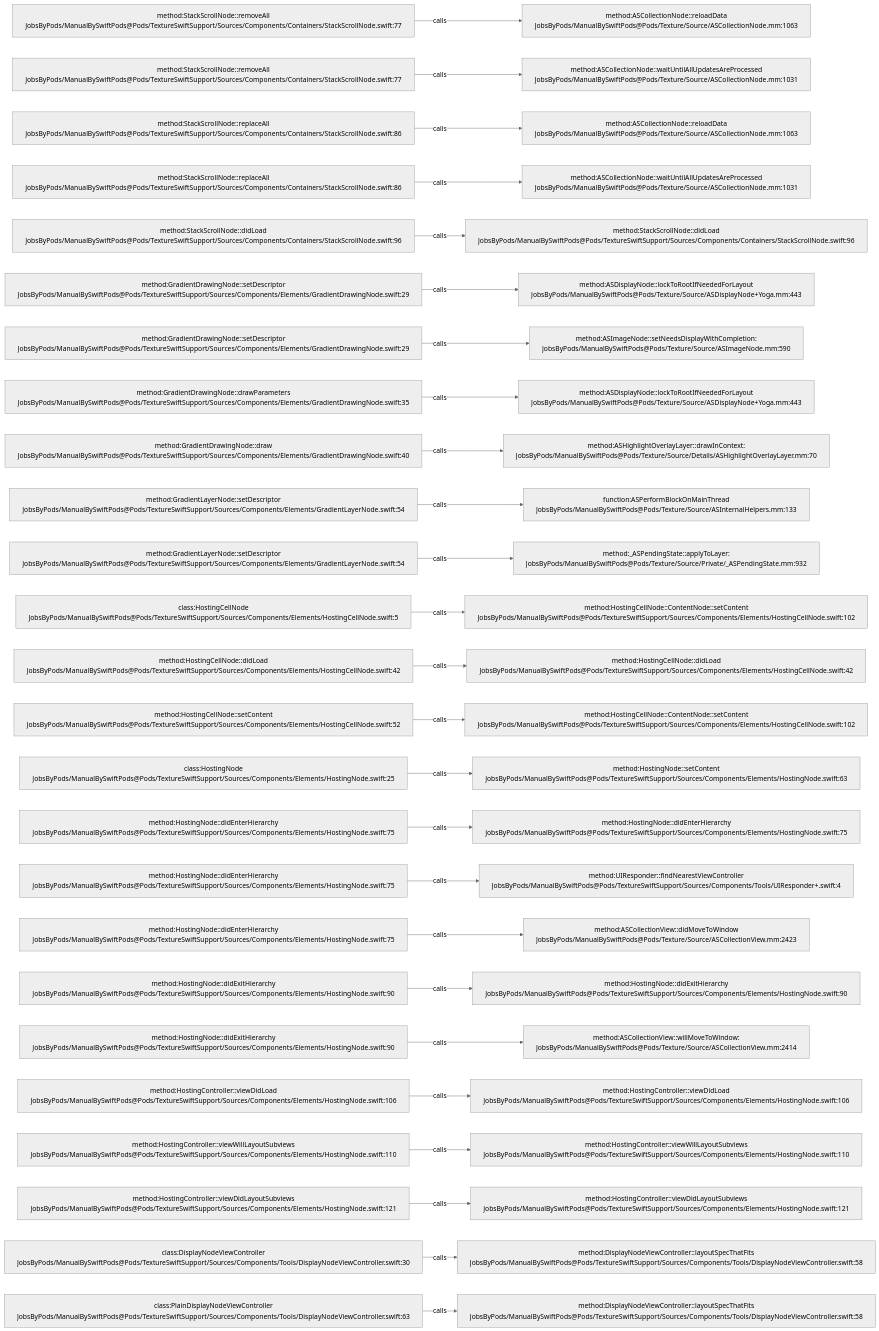
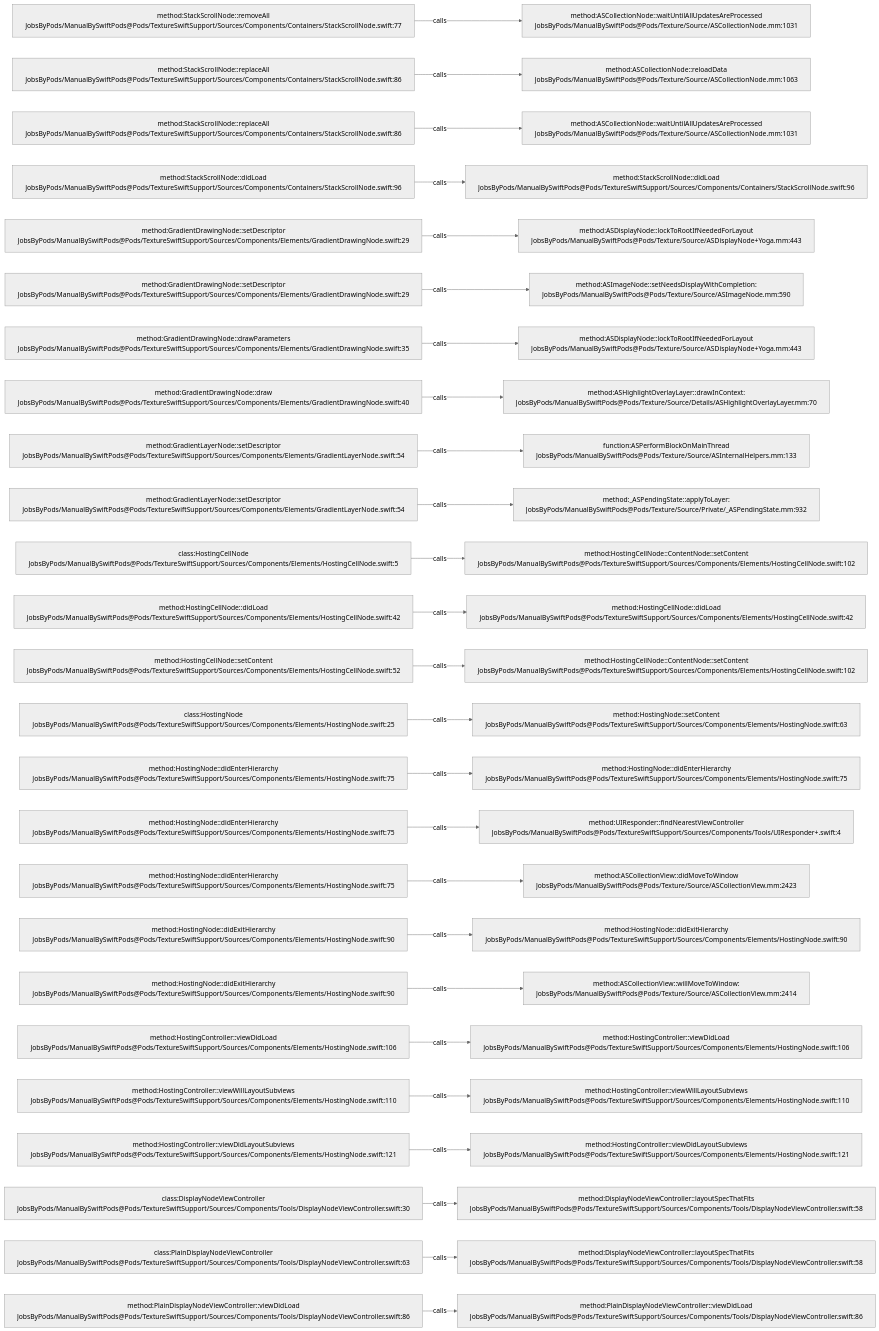
Before and after one commit to JobsKits/JobsSwiftBaseConfigDemo: the diagram in .codegraph/codegraph.md/graphs/calls-155.md, drawn with Mermaid (neutral theme). The commit also changed 747 other files, not shown here.

````diff
--- a/.codegraph/codegraph.md/graphs/calls-155.md
+++ b/.codegraph/codegraph.md/graphs/calls-155.md
@@ -13,78 +13,78 @@
 ```mermaid
 flowchart LR
   S1["method:StackScrollNode::removeAll<br/>JobsByPods/ManualBySwiftPods@Pods/TextureSwiftSupport/Sources/Components/Containers/StackScrollNode.swift:77"]
-  T1["method:ASCollectionNode::reloadData<br/>JobsByPods/ManualBySwiftPods@Pods/Texture/Source/ASCollectionNode.mm:1063"]
+  T1["method:ASCollectionNode::waitUntilAllUpdatesAreProcessed<br/>JobsByPods/ManualBySwiftPods@Pods/Texture/Source/ASCollectionNode.mm:1031"]
   S1 -->|calls| T1
-  S2["method:StackScrollNode::removeAll<br/>JobsByPods/ManualBySwiftPods@Pods/TextureSwiftSupport/Sources/Components/Containers/StackScrollNode.swift:77"]
-  T2["method:ASCollectionNode::waitUntilAllUpdatesAreProcessed<br/>JobsByPods/ManualBySwiftPods@Pods/Texture/Source/ASCollectionNode.mm:1031"]
+  S2["method:StackScrollNode::replaceAll<br/>JobsByPods/ManualBySwiftPods@Pods/TextureSwiftSupport/Sources/Components/Containers/StackScrollNode.swift:86"]
+  T2["method:ASCollectionNode::reloadData<br/>JobsByPods/ManualBySwiftPods@Pods/Texture/Source/ASCollectionNode.mm:1063"]
   S2 -->|calls| T2
   S3["method:StackScrollNode::replaceAll<br/>JobsByPods/ManualBySwiftPods@Pods/TextureSwiftSupport/Sources/Components/Containers/StackScrollNode.swift:86"]
-  T3["method:ASCollectionNode::reloadData<br/>JobsByPods/ManualBySwiftPods@Pods/Texture/Source/ASCollectionNode.mm:1063"]
+  T3["method:ASCollectionNode::waitUntilAllUpdatesAreProcessed<br/>JobsByPods/ManualBySwiftPods@Pods/Texture/Source/ASCollectionNode.mm:1031"]
   S3 -->|calls| T3
-  S4["method:StackScrollNode::replaceAll<br/>JobsByPods/ManualBySwiftPods@Pods/TextureSwiftSupport/Sources/Components/Containers/StackScrollNode.swift:86"]
-  T4["method:ASCollectionNode::waitUntilAllUpdatesAreProcessed<br/>JobsByPods/ManualBySwiftPods@Pods/Texture/Source/ASCollectionNode.mm:1031"]
+  S4["method:StackScrollNode::didLoad<br/>JobsByPods/ManualBySwiftPods@Pods/TextureSwiftSupport/Sources/Components/Containers/StackScrollNode.swift:96"]
+  T4["method:StackScrollNode::didLoad<br/>JobsByPods/ManualBySwiftPods@Pods/TextureSwiftSupport/Sources/Components/Containers/StackScrollNode.swift:96"]
   S4 -->|calls| T4
-  S5["method:StackScrollNode::didLoad<br/>JobsByPods/ManualBySwiftPods@Pods/TextureSwiftSupport/Sources/Components/Containers/StackScrollNode.swift:96"]
-  T5["method:StackScrollNode::didLoad<br/>JobsByPods/ManualBySwiftPods@Pods/TextureSwiftSupport/Sources/Components/Containers/StackScrollNode.swift:96"]
+  S5["method:GradientDrawingNode::setDescriptor<br/>JobsByPods/ManualBySwiftPods@Pods/TextureSwiftSupport/Sources/Components/Elements/GradientDrawingNode.swift:29"]
+  T5["method:ASDisplayNode::lockToRootIfNeededForLayout<br/>JobsByPods/ManualBySwiftPods@Pods/Texture/Source/ASDisplayNode+Yoga.mm:443"]
   S5 -->|calls| T5
   S6["method:GradientDrawingNode::setDescriptor<br/>JobsByPods/ManualBySwiftPods@Pods/TextureSwiftSupport/Sources/Components/Elements/GradientDrawingNode.swift:29"]
-  T6["method:ASDisplayNode::lockToRootIfNeededForLayout<br/>JobsByPods/ManualBySwiftPods@Pods/Texture/Source/ASDisplayNode+Yoga.mm:443"]
+  T6["method:ASImageNode::setNeedsDisplayWithCompletion:<br/>JobsByPods/ManualBySwiftPods@Pods/Texture/Source/ASImageNode.mm:590"]
   S6 -->|calls| T6
-  S7["method:GradientDrawingNode::setDescriptor<br/>JobsByPods/ManualBySwiftPods@Pods/TextureSwiftSupport/Sources/Components/Elements/GradientDrawingNode.swift:29"]
-  T7["method:ASImageNode::setNeedsDisplayWithCompletion:<br/>JobsByPods/ManualBySwiftPods@Pods/Texture/Source/ASImageNode.mm:590"]
+  S7["method:GradientDrawingNode::drawParameters<br/>JobsByPods/ManualBySwiftPods@Pods/TextureSwiftSupport/Sources/Components/Elements/GradientDrawingNode.swift:35"]
+  T7["method:ASDisplayNode::lockToRootIfNeededForLayout<br/>JobsByPods/ManualBySwiftPods@Pods/Texture/Source/ASDisplayNode+Yoga.mm:443"]
   S7 -->|calls| T7
-  S8["method:GradientDrawingNode::drawParameters<br/>JobsByPods/ManualBySwiftPods@Pods/TextureSwiftSupport/Sources/Components/Elements/GradientDrawingNode.swift:35"]
-  T8["method:ASDisplayNode::lockToRootIfNeededForLayout<br/>JobsByPods/ManualBySwiftPods@Pods/Texture/Source/ASDisplayNode+Yoga.mm:443"]
+  S8["method:GradientDrawingNode::draw<br/>JobsByPods/ManualBySwiftPods@Pods/TextureSwiftSupport/Sources/Components/Elements/GradientDrawingNode.swift:40"]
+  T8["method:ASHighlightOverlayLayer::drawInContext:<br/>JobsByPods/ManualBySwiftPods@Pods/Texture/Source/Details/ASHighlightOverlayLayer.mm:70"]
   S8 -->|calls| T8
-  S9["method:GradientDrawingNode::draw<br/>JobsByPods/ManualBySwiftPods@Pods/TextureSwiftSupport/Sources/Components/Elements/GradientDrawingNode.swift:40"]
-  T9["method:ASHighlightOverlayLayer::drawInContext:<br/>JobsByPods/ManualBySwiftPods@Pods/Texture/Source/Details/ASHighlightOverlayLayer.mm:70"]
+  S9["method:GradientLayerNode::setDescriptor<br/>JobsByPods/ManualBySwiftPods@Pods/TextureSwiftSupport/Sources/Components/Elements/GradientLayerNode.swift:54"]
+  T9["function:ASPerformBlockOnMainThread<br/>JobsByPods/ManualBySwiftPods@Pods/Texture/Source/ASInternalHelpers.mm:133"]
   S9 -->|calls| T9
   S10["method:GradientLayerNode::setDescriptor<br/>JobsByPods/ManualBySwiftPods@Pods/TextureSwiftSupport/Sources/Components/Elements/GradientLayerNode.swift:54"]
-  T10["function:ASPerformBlockOnMainThread<br/>JobsByPods/ManualBySwiftPods@Pods/Texture/Source/ASInternalHelpers.mm:133"]
+  T10["method:_ASPendingState::applyToLayer:<br/>JobsByPods/ManualBySwiftPods@Pods/Texture/Source/Private/_ASPendingState.mm:932"]
   S10 -->|calls| T10
-  S11["method:GradientLayerNode::setDescriptor<br/>JobsByPods/ManualBySwiftPods@Pods/TextureSwiftSupport/Sources/Components/Elements/GradientLayerNode.swift:54"]
-  T11["method:_ASPendingState::applyToLayer:<br/>JobsByPods/ManualBySwiftPods@Pods/Texture/Source/Private/_ASPendingState.mm:932"]
+  S11["class:HostingCellNode<br/>JobsByPods/ManualBySwiftPods@Pods/TextureSwiftSupport/Sources/Components/Elements/HostingCellNode.swift:5"]
+  T11["method:HostingCellNode::ContentNode::setContent<br/>JobsByPods/ManualBySwiftPods@Pods/TextureSwiftSupport/Sources/Components/Elements/HostingCellNode.swift:102"]
   S11 -->|calls| T11
-  S12["class:HostingCellNode<br/>JobsByPods/ManualBySwiftPods@Pods/TextureSwiftSupport/Sources/Components/Elements/HostingCellNode.swift:5"]
-  T12["method:HostingCellNode::ContentNode::setContent<br/>JobsByPods/ManualBySwiftPods@Pods/TextureSwiftSupport/Sources/Components/Elements/HostingCellNode.swift:102"]
+  S12["method:HostingCellNode::didLoad<br/>JobsByPods/ManualBySwiftPods@Pods/TextureSwiftSupport/Sources/Components/Elements/HostingCellNode.swift:42"]
+  T12["method:HostingCellNode::didLoad<br/>JobsByPods/ManualBySwiftPods@Pods/TextureSwiftSupport/Sources/Components/Elements/HostingCellNode.swift:42"]
   S12 -->|calls| T12
-  S13["method:HostingCellNode::didLoad<br/>JobsByPods/ManualBySwiftPods@Pods/TextureSwiftSupport/Sources/Components/Elements/HostingCellNode.swift:42"]
-  T13["method:HostingCellNode::didLoad<br/>JobsByPods/ManualBySwiftPods@Pods/TextureSwiftSupport/Sources/Components/Elements/HostingCellNode.swift:42"]
+  S13["method:HostingCellNode::setContent<br/>JobsByPods/ManualBySwiftPods@Pods/TextureSwiftSupport/Sources/Components/Elements/HostingCellNode.swift:52"]
+  T13["method:HostingCellNode::ContentNode::setContent<br/>JobsByPods/ManualBySwiftPods@Pods/TextureSwiftSupport/Sources/Components/Elements/HostingCellNode.swift:102"]
   S13 -->|calls| T13
-  S14["method:HostingCellNode::setContent<br/>JobsByPods/ManualBySwiftPods@Pods/TextureSwiftSupport/Sources/Components/Elements/HostingCellNode.swift:52"]
-  T14["method:HostingCellNode::ContentNode::setContent<br/>JobsByPods/ManualBySwiftPods@Pods/TextureSwiftSupport/Sources/Components/Elements/HostingCellNode.swift:102"]
+  S14["class:HostingNode<br/>JobsByPods/ManualBySwiftPods@Pods/TextureSwiftSupport/Sources/Components/Elements/HostingNode.swift:25"]
+  T14["method:HostingNode::setContent<br/>JobsByPods/ManualBySwiftPods@Pods/TextureSwiftSupport/Sources/Components/Elements/HostingNode.swift:63"]
   S14 -->|calls| T14
-  S15["class:HostingNode<br/>JobsByPods/ManualBySwiftPods@Pods/TextureSwiftSupport/Sources/Components/Elements/HostingNode.swift:25"]
-  T15["method:HostingNode::setContent<br/>JobsByPods/ManualBySwiftPods@Pods/TextureSwiftSupport/Sources/Components/Elements/HostingNode.swift:63"]
+  S15["method:HostingNode::didEnterHierarchy<br/>JobsByPods/ManualBySwiftPods@Pods/TextureSwiftSupport/Sources/Components/Elements/HostingNode.swift:75"]
+  T15["method:HostingNode::didEnterHierarchy<br/>JobsByPods/ManualBySwiftPods@Pods/TextureSwiftSupport/Sources/Components/Elements/HostingNode.swift:75"]
   S15 -->|calls| T15
   S16["method:HostingNode::didEnterHierarchy<br/>JobsByPods/ManualBySwiftPods@Pods/TextureSwiftSupport/Sources/Components/Elements/HostingNode.swift:75"]
-  T16["method:HostingNode::didEnterHierarchy<br/>JobsByPods/ManualBySwiftPods@Pods/TextureSwiftSupport/Sources/Components/Elements/HostingNode.swift:75"]
+  T16["method:UIResponder::findNearestViewController<br/>JobsByPods/ManualBySwiftPods@Pods/TextureSwiftSupport/Sources/Components/Tools/UIResponder+.swift:4"]
   S16 -->|calls| T16
   S17["method:HostingNode::didEnterHierarchy<br/>JobsByPods/ManualBySwiftPods@Pods/TextureSwiftSupport/Sources/Components/Elements/HostingNode.swift:75"]
-  T17["method:UIResponder::findNearestViewController<br/>JobsByPods/ManualBySwiftPods@Pods/TextureSwiftSupport/Sources/Components/Tools/UIResponder+.swift:4"]
+  T17["method:ASCollectionView::didMoveToWindow<br/>JobsByPods/ManualBySwiftPods@Pods/Texture/Source/ASCollectionView.mm:2423"]
   S17 -->|calls| T17
-  S18["method:HostingNode::didEnterHierarchy<br/>JobsByPods/ManualBySwiftPods@Pods/TextureSwiftSupport/Sources/Components/Elements/HostingNode.swift:75"]
-  T18["method:ASCollectionView::didMoveToWindow<br/>JobsByPods/ManualBySwiftPods@Pods/Texture/Source/ASCollectionView.mm:2423"]
+  S18["method:HostingNode::didExitHierarchy<br/>JobsByPods/ManualBySwiftPods@Pods/TextureSwiftSupport/Sources/Components/Elements/HostingNode.swift:90"]
+  T18["method:HostingNode::didExitHierarchy<br/>JobsByPods/ManualBySwiftPods@Pods/TextureSwiftSupport/Sources/Components/Elements/HostingNode.swift:90"]
   S18 -->|calls| T18
   S19["method:HostingNode::didExitHierarchy<br/>JobsByPods/ManualBySwiftPods@Pods/TextureSwiftSupport/Sources/Components/Elements/HostingNode.swift:90"]
-  T19["method:HostingNode::didExitHierarchy<br/>JobsByPods/ManualBySwiftPods@Pods/TextureSwiftSupport/Sources/Components/Elements/HostingNode.swift:90"]
+  T19["method:ASCollectionView::willMoveToWindow:<br/>JobsByPods/ManualBySwiftPods@Pods/Texture/Source/ASCollectionView.mm:2414"]
   S19 -->|calls| T19
-  S20["method:HostingNode::didExitHierarchy<br/>JobsByPods/ManualBySwiftPods@Pods/TextureSwiftSupport/Sources/Components/Elements/HostingNode.swift:90"]
-  T20["method:ASCollectionView::willMoveToWindow:<br/>JobsByPods/ManualBySwiftPods@Pods/Texture/Source/ASCollectionView.mm:2414"]
+  S20["method:HostingController::viewDidLoad<br/>JobsByPods/ManualBySwiftPods@Pods/TextureSwiftSupport/Sources/Components/Elements/HostingNode.swift:106"]
+  T20["method:HostingController::viewDidLoad<br/>JobsByPods/ManualBySwiftPods@Pods/TextureSwiftSupport/Sources/Components/Elements/HostingNode.swift:106"]
   S20 -->|calls| T20
-  S21["method:HostingController::viewDidLoad<br/>JobsByPods/ManualBySwiftPods@Pods/TextureSwiftSupport/Sources/Components/Elements/HostingNode.swift:106"]
-  T21["method:HostingController::viewDidLoad<br/>JobsByPods/ManualBySwiftPods@Pods/TextureSwiftSupport/Sources/Components/Elements/HostingNode.swift:106"]
+  S21["method:HostingController::viewWillLayoutSubviews<br/>JobsByPods/ManualBySwiftPods@Pods/TextureSwiftSupport/Sources/Components/Elements/HostingNode.swift:110"]
+  T21["method:HostingController::viewWillLayoutSubviews<br/>JobsByPods/ManualBySwiftPods@Pods/TextureSwiftSupport/Sources/Components/Elements/HostingNode.swift:110"]
   S21 -->|calls| T21
-  S22["method:HostingController::viewWillLayoutSubviews<br/>JobsByPods/ManualBySwiftPods@Pods/TextureSwiftSupport/Sources/Components/Elements/HostingNode.swift:110"]
-  T22["method:HostingController::viewWillLayoutSubviews<br/>JobsByPods/ManualBySwiftPods@Pods/TextureSwiftSupport/Sources/Components/Elements/HostingNode.swift:110"]
+  S22["method:HostingController::viewDidLayoutSubviews<br/>JobsByPods/ManualBySwiftPods@Pods/TextureSwiftSupport/Sources/Components/Elements/HostingNode.swift:121"]
+  T22["method:HostingController::viewDidLayoutSubviews<br/>JobsByPods/ManualBySwiftPods@Pods/TextureSwiftSupport/Sources/Components/Elements/HostingNode.swift:121"]
   S22 -->|calls| T22
-  S23["method:HostingController::viewDidLayoutSubviews<br/>JobsByPods/ManualBySwiftPods@Pods/TextureSwiftSupport/Sources/Components/Elements/HostingNode.swift:121"]
-  T23["method:HostingController::viewDidLayoutSubviews<br/>JobsByPods/ManualBySwiftPods@Pods/TextureSwiftSupport/Sources/Components/Elements/HostingNode.swift:121"]
+  S23["class:DisplayNodeViewController<br/>JobsByPods/ManualBySwiftPods@Pods/TextureSwiftSupport/Sources/Components/Tools/DisplayNodeViewController.swift:30"]
+  T23["method:DisplayNodeViewController::layoutSpecThatFits<br/>JobsByPods/ManualBySwiftPods@Pods/TextureSwiftSupport/Sources/Components/Tools/DisplayNodeViewController.swift:58"]
   S23 -->|calls| T23
-  S24["class:DisplayNodeViewController<br/>JobsByPods/ManualBySwiftPods@Pods/TextureSwiftSupport/Sources/Components/Tools/DisplayNodeViewController.swift:30"]
+  S24["class:PlainDisplayNodeViewController<br/>JobsByPods/ManualBySwiftPods@Pods/TextureSwiftSupport/Sources/Components/Tools/DisplayNodeViewController.swift:63"]
   T24["method:DisplayNodeViewController::layoutSpecThatFits<br/>JobsByPods/ManualBySwiftPods@Pods/TextureSwiftSupport/Sources/Components/Tools/DisplayNodeViewController.swift:58"]
   S24 -->|calls| T24
-  S25["class:PlainDisplayNodeViewController<br/>JobsByPods/ManualBySwiftPods@Pods/TextureSwiftSupport/Sources/Components/Tools/DisplayNodeViewController.swift:63"]
-  T25["method:DisplayNodeViewController::layoutSpecThatFits<br/>JobsByPods/ManualBySwiftPods@Pods/TextureSwiftSupport/Sources/Components/Tools/DisplayNodeViewController.swift:58"]
+  S25["method:PlainDisplayNodeViewController::viewDidLoad<br/>JobsByPods/ManualBySwiftPods@Pods/TextureSwiftSupport/Sources/Components/Tools/DisplayNodeViewController.swift:86"]
+  T25["method:PlainDisplayNodeViewController::viewDidLoad<br/>JobsByPods/ManualBySwiftPods@Pods/TextureSwiftSupport/Sources/Components/Tools/DisplayNodeViewController.swift:86"]
   S25 -->|calls| T25
 ```
````
